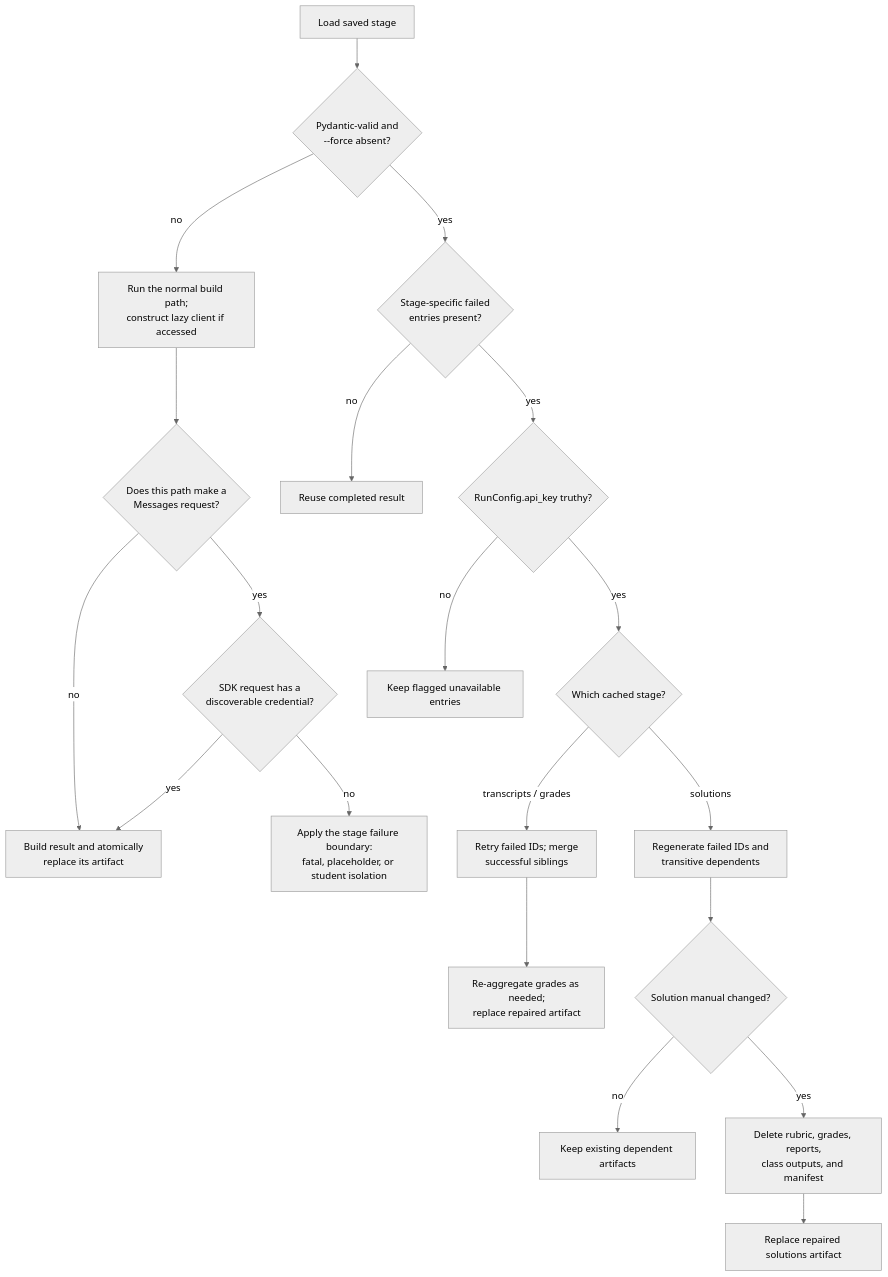
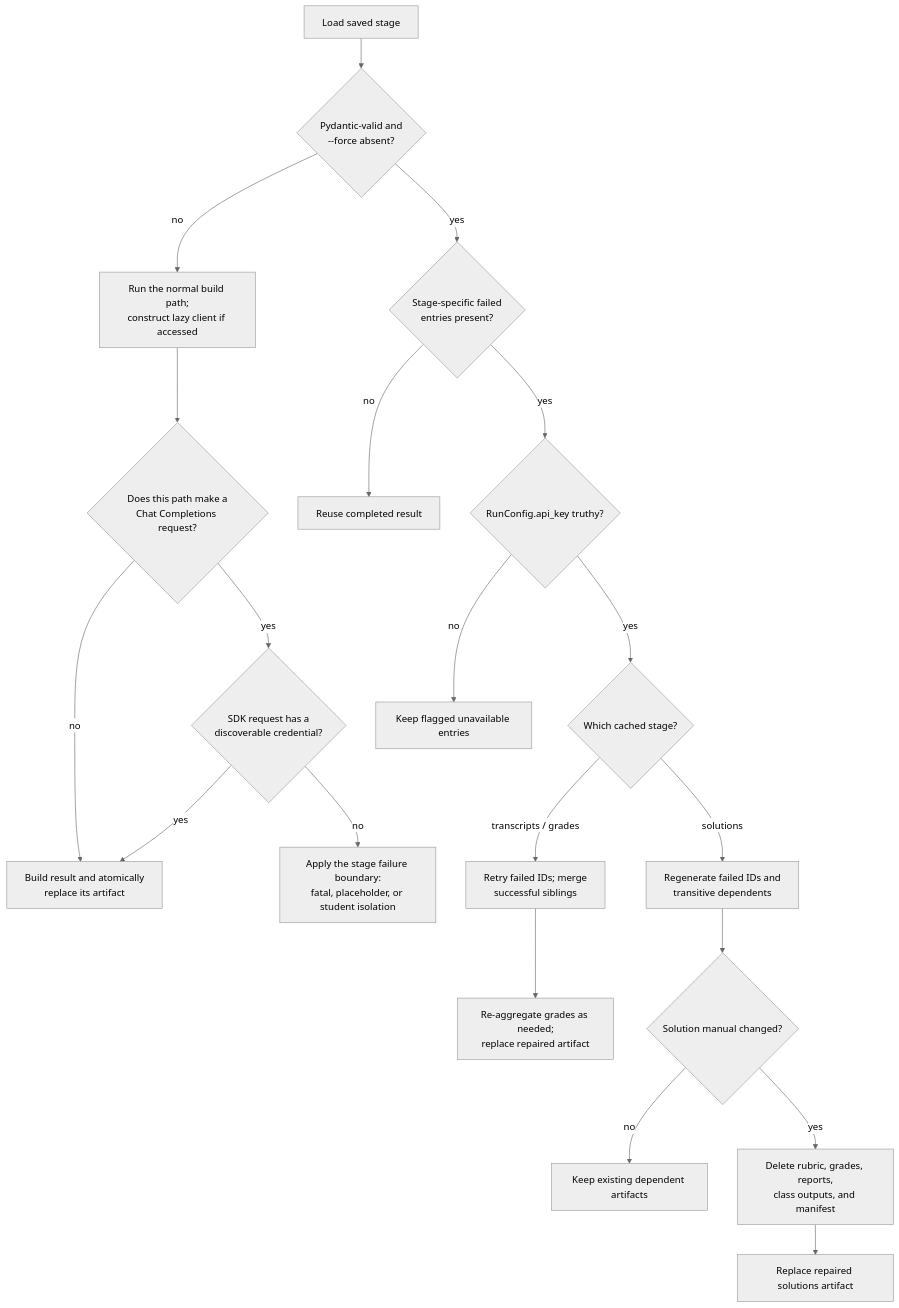
Before and after one commit to johnswyou/autograder: the third of 3 diagrams in docs/architecture.md, drawn with Mermaid (neutral theme). The commit also changed other lines of this file and 8 other files, not shown here.

````diff
--- a/docs/architecture.md
+++ b/docs/architecture.md
@@ -449,22 +446,22 @@
 ```mermaid
 flowchart TD
   LOAD["Load saved stage"] --> VALID{"Pydantic-valid and<br/>--force absent?"}
   VALID -- no --> BUILD["Run the normal build path;<br/>construct lazy client if accessed"]
-  BUILD --> REQUEST{"Does this path make a<br/>Messages request?"}
+  BUILD --> REQUEST{"Does this path make a<br/>Chat Completions request?"}
   REQUEST -- no --> BUILT["Build result and atomically<br/>replace its artifact"]
   REQUEST -- yes --> CREDENTIAL{"SDK request has a<br/>discoverable credential?"}
   CREDENTIAL -- yes --> BUILT
   CREDENTIAL -- no --> BOUNDARY["Apply the stage failure boundary:<br/>fatal, placeholder, or student isolation"]
   VALID -- yes --> FAILED{"Stage-specific failed<br/>entries present?"}
   FAILED -- no --> REUSE["Reuse completed result"]
   FAILED -- yes --> KEY{"RunConfig.api_key truthy?"}
   KEY -- no --> KEEP["Keep flagged unavailable entries"]
   KEY -- yes --> KIND{"Which cached stage?"}
   KIND -- "transcripts / grades" --> ITEM["Retry failed IDs; merge<br/>successful siblings"]
   ITEM --> ITEMSAVE["Re-aggregate grades as needed;<br/>replace repaired artifact"]
   KIND -- solutions --> SOL["Regenerate failed IDs and<br/>transitive dependents"]
   SOL --> SOLCHG{"Solution manual changed?"}
   SOLCHG -- no --> SOLKEEP["Keep existing dependent artifacts"]
   SOLCHG -- yes --> INVALIDATE["Delete rubric, grades, reports,<br/>class outputs, and manifest"]
   INVALIDATE --> SOLSAVE["Replace repaired solutions artifact"]
 ```
````
